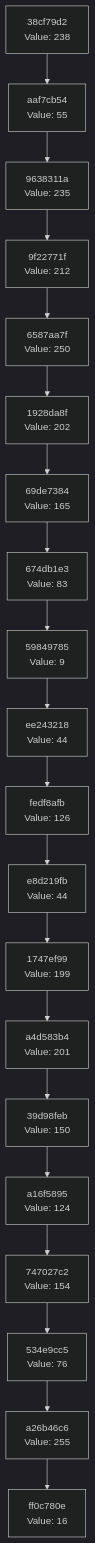
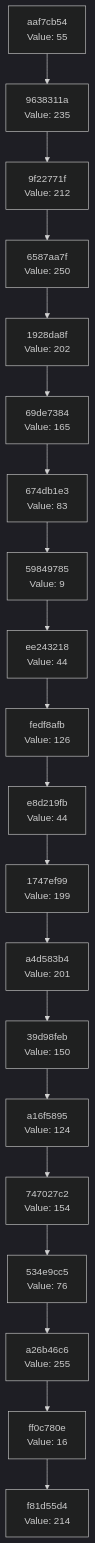
Before and after one commit to Abhisheksinha1506/hash-chain-evolver: the diagram in docs/CHAIN_VISUALIZATION.md, drawn with Mermaid (dark theme). The commit also changed 2 other files, not shown here.

Commit message:
Evolution step: hash 0xD6 → action executed

````diff
--- a/docs/CHAIN_VISUALIZATION.md
+++ b/docs/CHAIN_VISUALIZATION.md
@@ -3,42 +3,42 @@
 ```mermaid
 graph TD
-    C0["ff0c780e<br/>Value: 16"]
-    C1["a26b46c6<br/>Value: 255"]
+    C0["f81d55d4<br/>Value: 214"]
+    C1["ff0c780e<br/>Value: 16"]
     C1 --> C0
-    C2["534e9cc5<br/>Value: 76"]
+    C2["a26b46c6<br/>Value: 255"]
     C2 --> C1
-    C3["747027c2<br/>Value: 154"]
+    C3["534e9cc5<br/>Value: 76"]
     C3 --> C2
-    C4["a16f5895<br/>Value: 124"]
+    C4["747027c2<br/>Value: 154"]
     C4 --> C3
-    C5["39d98feb<br/>Value: 150"]
+    C5["a16f5895<br/>Value: 124"]
     C5 --> C4
-    C6["a4d583b4<br/>Value: 201"]
+    C6["39d98feb<br/>Value: 150"]
     C6 --> C5
-    C7["1747ef99<br/>Value: 199"]
+    C7["a4d583b4<br/>Value: 201"]
     C7 --> C6
-    C8["e8d219fb<br/>Value: 44"]
+    C8["1747ef99<br/>Value: 199"]
     C8 --> C7
-    C9["fedf8afb<br/>Value: 126"]
+    C9["e8d219fb<br/>Value: 44"]
     C9 --> C8
-    C10["ee243218<br/>Value: 44"]
+    C10["fedf8afb<br/>Value: 126"]
     C10 --> C9
-    C11["59849785<br/>Value: 9"]
+    C11["ee243218<br/>Value: 44"]
     C11 --> C10
-    C12["674db1e3<br/>Value: 83"]
+    C12["59849785<br/>Value: 9"]
     C12 --> C11
-    C13["69de7384<br/>Value: 165"]
+    C13["674db1e3<br/>Value: 83"]
     C13 --> C12
-    C14["1928da8f<br/>Value: 202"]
+    C14["69de7384<br/>Value: 165"]
     C14 --> C13
-    C15["6587aa7f<br/>Value: 250"]
+    C15["1928da8f<br/>Value: 202"]
     C15 --> C14
-    C16["9f22771f<br/>Value: 212"]
+    C16["6587aa7f<br/>Value: 250"]
     C16 --> C15
-    C17["9638311a<br/>Value: 235"]
+    C17["9f22771f<br/>Value: 212"]
     C17 --> C16
-    C18["aaf7cb54<br/>Value: 55"]
+    C18["9638311a<br/>Value: 235"]
     C18 --> C17
-    C19["38cf79d2<br/>Value: 238"]
+    C19["aaf7cb54<br/>Value: 55"]
     C19 --> C18
 ```
````
